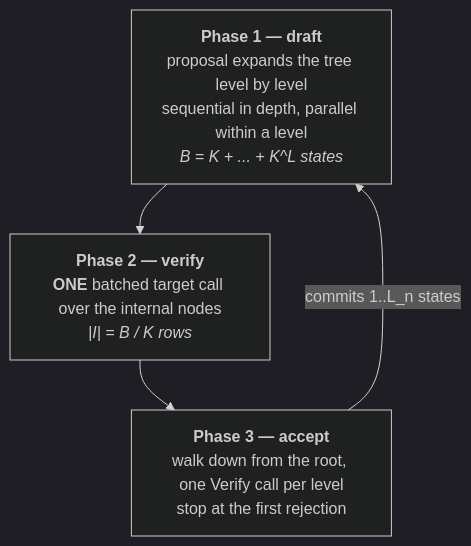
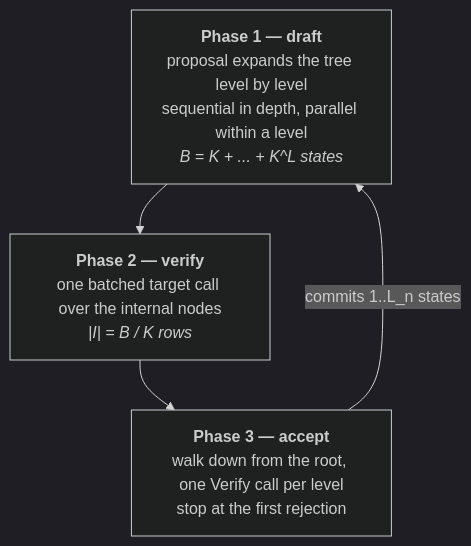
Before and after one commit to marcellobullo/tree-specdiff: the second of 3 diagrams in docs/architecture.md, drawn with Mermaid (dark theme). The commit also changed other lines of this file and 46 other files, not shown here.

````diff
--- a/docs/architecture.md
+++ b/docs/architecture.md
@@ -79,8 +75,8 @@
 ```mermaid
 graph TD
     A["<b>Phase 1 — draft</b><br/>proposal expands the tree level by level<br/>sequential in depth, parallel within a level<br/><i>B = K + ... + K^L states</i>"]
-    B["<b>Phase 2 — verify</b><br/><b>ONE</b> batched target call over the internal nodes<br/><i>|I| = B / K rows</i>"]
+    B["<b>Phase 2 — verify</b><br/>one batched target call over the internal nodes<br/><i>|I| = B / K rows</i>"]
     C["<b>Phase 3 — accept</b><br/>walk down from the root, one Verify call per level<br/>stop at the first rejection"]
     A --> B --> C
     C -->|"commits 1..L_n states"| A
 ```
````
